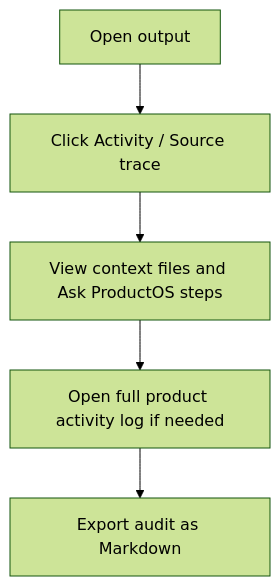
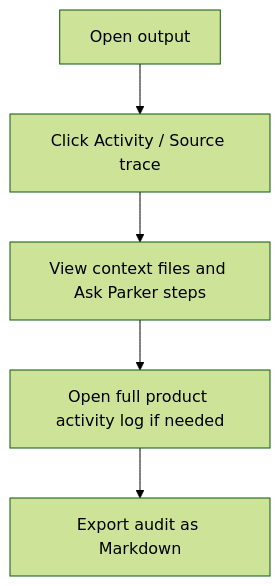
Before and after one commit to AIResearchFactory/productOS: the fifth of 5 diagrams in docs/features/ux/productos-simplified-user-journeys.md, drawn with Mermaid (forest theme). The commit also changed other lines of this file and 7 other files, not shown here.

Commit message:
refactor: rebrand ProductOS AI assistant to Parker and update design documentation accordingly

````diff
--- a/docs/features/ux/productos-simplified-user-journeys.md
+++ b/docs/features/ux/productos-simplified-user-journeys.md
@@ -235,7 +235,7 @@
 ```mermaid
 flowchart TD
   A[Open output] --> B[Click Activity / Source trace]
-  B --> C[View context files and Ask ProductOS steps]
+  B --> C[View context files and Ask Parker steps]
   C --> D[Open full product activity log if needed]
   D --> E[Export audit as Markdown]
 ```
````
